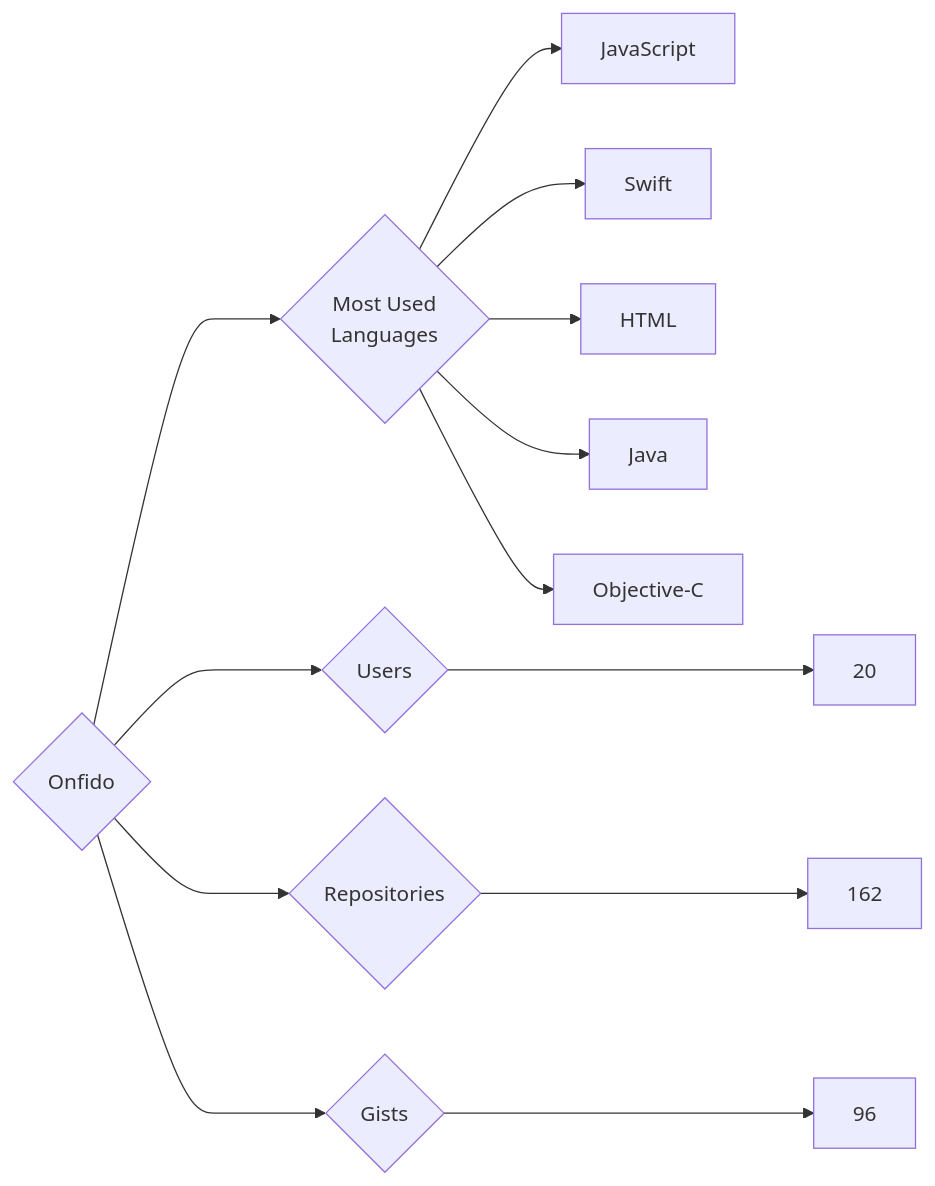
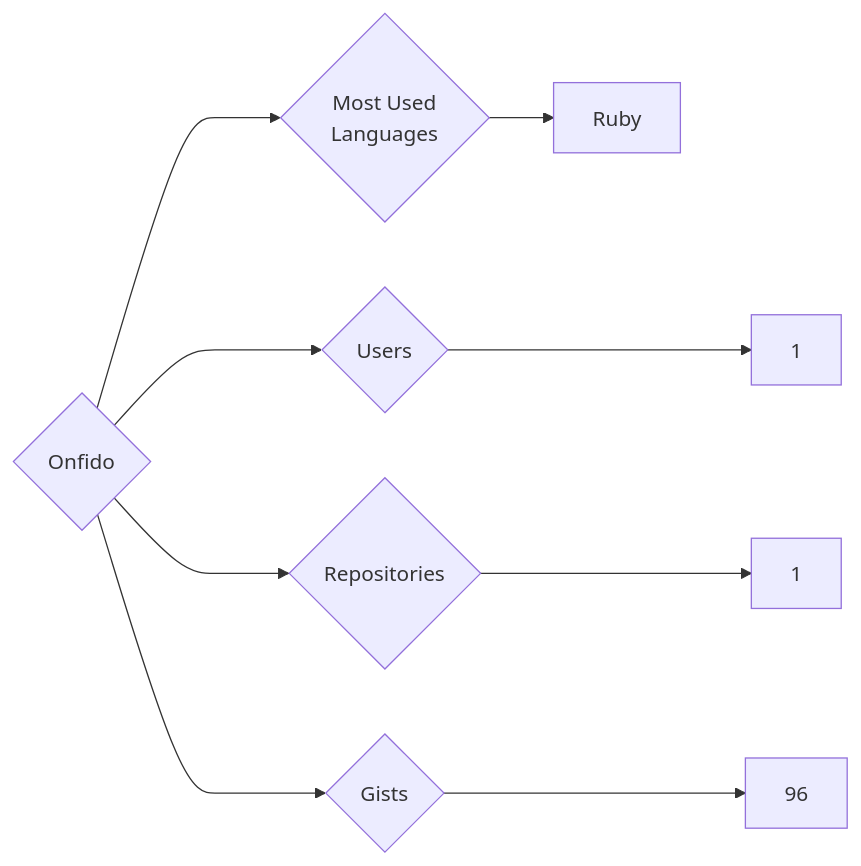
The diagram in targets/Onfido/README.md (trickest/insiders), drawn with Mermaid before and after one commit. The commit also changed 839 other files, not shown here.

````diff
--- a/targets/Onfido/README.md
+++ b/targets/Onfido/README.md
@@ -3,13 +3,9 @@
 ```mermaid
 graph LR
 COMPANY_NAME{Onfido}
-COMPANY_NAME ---> U{Users} ---> UN[20]
-COMPANY_NAME ---> R{Repositories} ---> RN[162]
+COMPANY_NAME ---> U{Users} ---> UN[1]
+COMPANY_NAME ---> R{Repositories} ---> RN[1]
 COMPANY_NAME ---> G{Gists} ---> GN[96]
 COMPANY_NAME ---> ML{Most Used<br>Languages}
-ML --> JavaScript[JavaScript]
-ML --> Swift[Swift]
-ML --> HTML[HTML]
-ML --> Java[Java]
-ML --> Objective-C[Objective-C]
+ML --> Ruby[Ruby]
 ```
````
